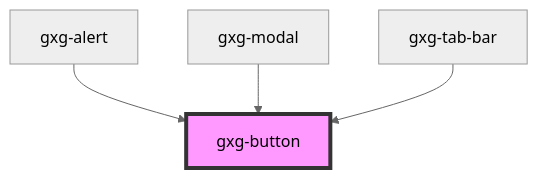
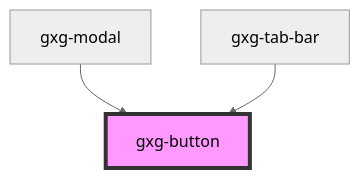
The diagram in src/components/button/readme.md (genexuslabs/gemini), drawn with Mermaid (neutral theme) before and after one commit. The commit also changed other lines of this file and 12 other files, not shown here.

````diff
--- a/src/components/button/readme.md
+++ b/src/components/button/readme.md
@@ -33,7 +32,6 @@
 ```mermaid
 graph TD;
-  gxg-alert --> gxg-button
   gxg-modal --> gxg-button
   gxg-tab-bar --> gxg-button
   style gxg-button fill:#f9f,stroke:#333,stroke-width:4px
 ```
````
